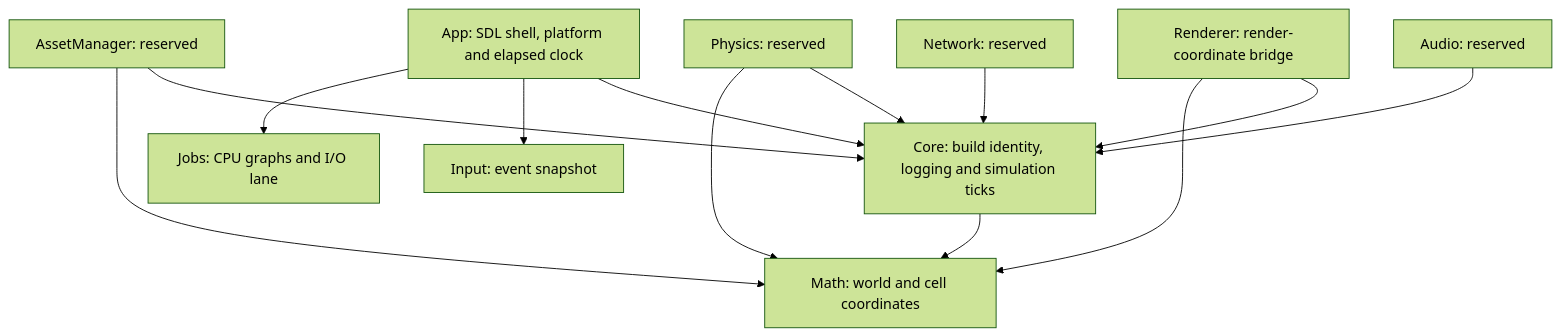
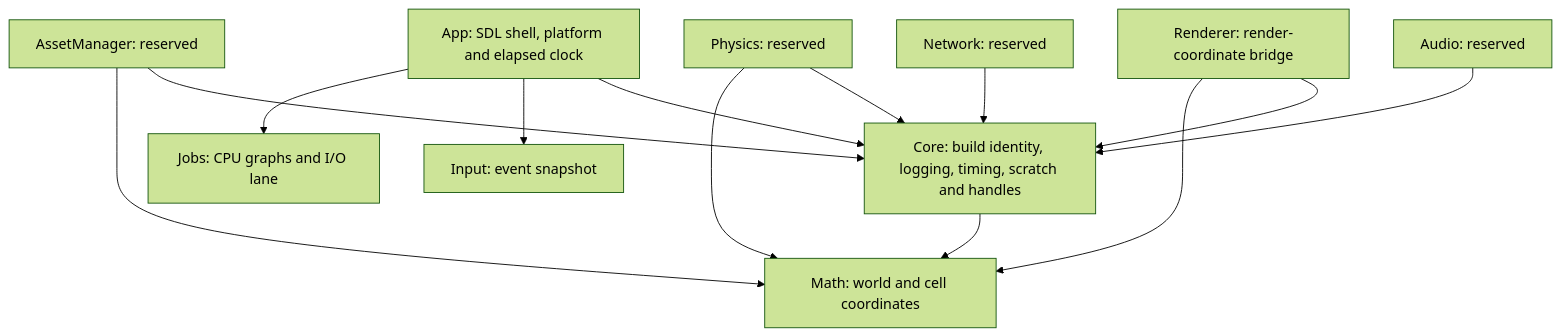
The diagram in docs/ARCHITECTURE.md (HellUponEarth/WiseEngine), drawn with Mermaid (forest theme) before and after one commit. The commit also changed other lines of this file and 13 other files, not shown here.

Commit message:
Add WiseEngine 0.0.5 scratch memory and generation handles

````diff
--- a/docs/ARCHITECTURE.md
+++ b/docs/ARCHITECTURE.md
@@ -7,15 +7,15 @@
 ```mermaid
 flowchart TD
-    App[App: SDL shell, platform and elapsed clock] --> Core[Core: build identity, logging and simulation ticks]
+    App[App: SDL shell, platform and elapsed clock] --> Core[Core: build identity, logging, timing, scratch and handles]
     Core --> Math[Math: world and cell coordinates]
     Renderer[Renderer: render-coordinate bridge] --> Core
     Renderer --> Math
     Physics[Physics: reserved] --> Core
     Physics --> Math
     Audio[Audio: reserved] --> Core
     App --> Input[Input: event snapshot]
     App --> Jobs[Jobs: CPU graphs and I/O lane]
     Network[Network: reserved] --> Core
     AssetManager[AssetManager: reserved] --> Core
     AssetManager --> Math
 ```
````
